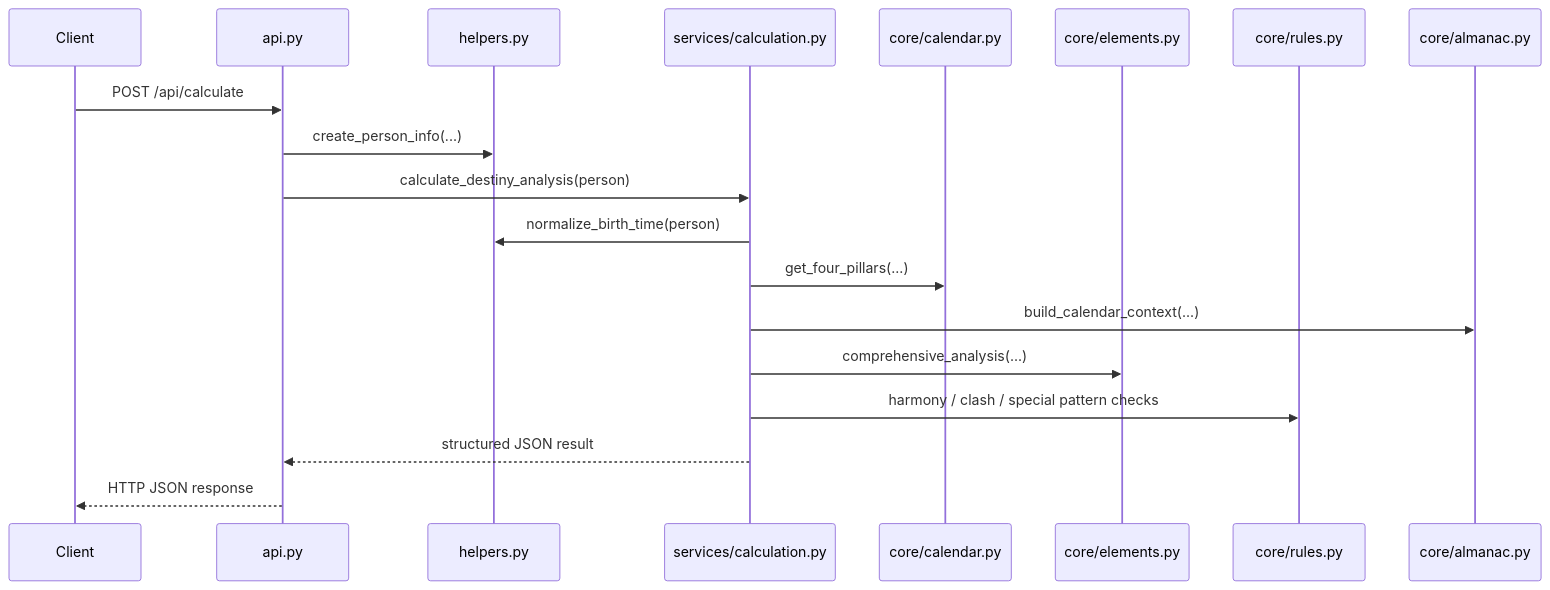
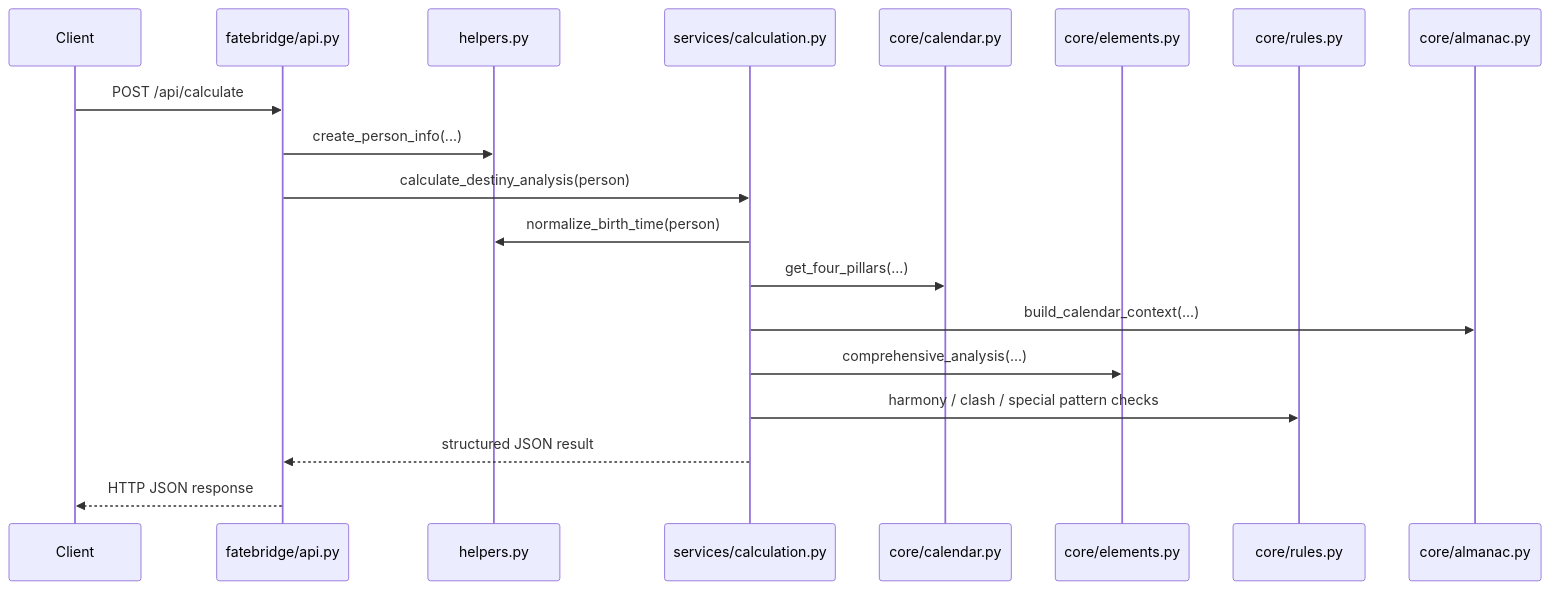
One commit to Yonder-Lab/FateBridge changed the second of 3 diagrams in docs/ARCHITECTURE.md. Above: the diagram before and after it, drawn with Mermaid. The commit also changed other lines of this file and 29 other files, not shown here.

First line of the commit message:
refactor(layout): 把 api.py / fastmcp_server.py 移进 fatebridge 包

````diff
--- a/docs/ARCHITECTURE.md
+++ b/docs/ARCHITECTURE.md
@@ -101,22 +101,22 @@
 ```mermaid
 sequenceDiagram
     participant C as Client
-    participant API as api.py
+    participant API as fatebridge/api.py
     participant H as helpers.py
     participant S as services/calculation.py
     participant CAL as core/calendar.py
     participant ELE as core/elements.py
     participant RULE as core/rules.py
     participant ALM as core/almanac.py
 
     C->>API: POST /api/calculate
     API->>H: create_person_info(...)
     API->>S: calculate_destiny_analysis(person)
     S->>H: normalize_birth_time(person)
     S->>CAL: get_four_pillars(...)
     S->>ALM: build_calendar_context(...)
     S->>ELE: comprehensive_analysis(...)
     S->>RULE: harmony / clash / special pattern checks
     S-->>API: structured JSON result
     API-->>C: HTTP JSON response
 ```
````
